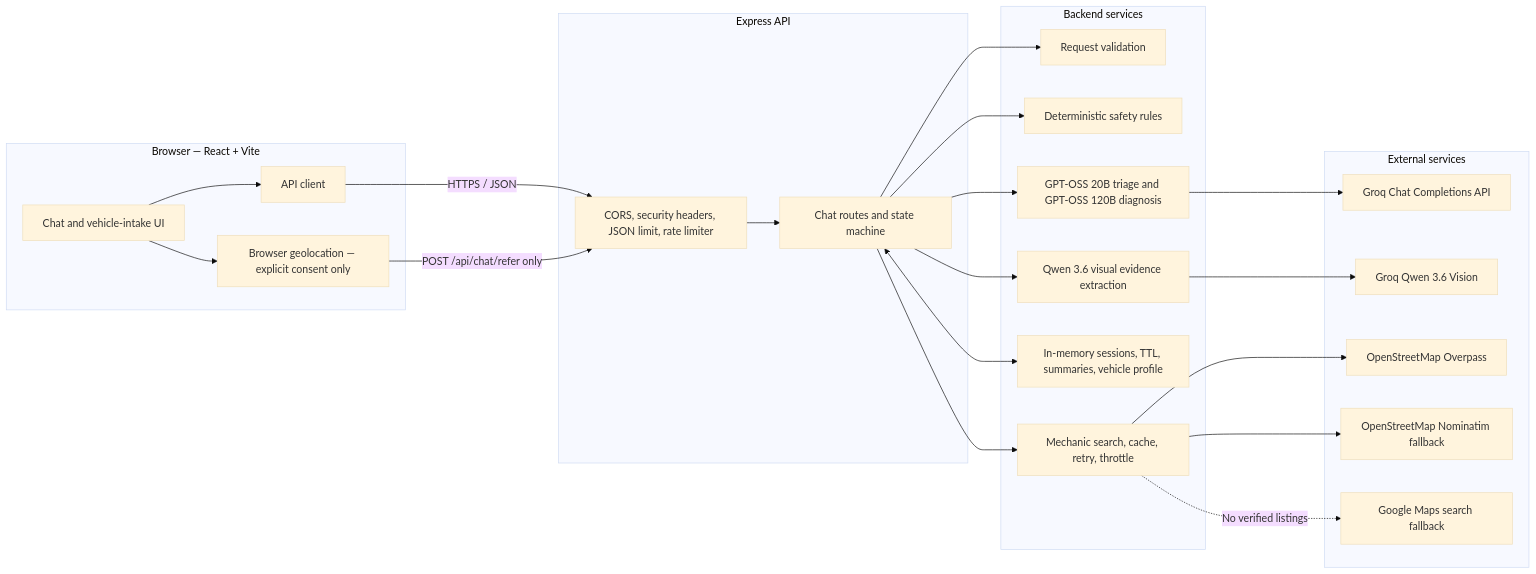
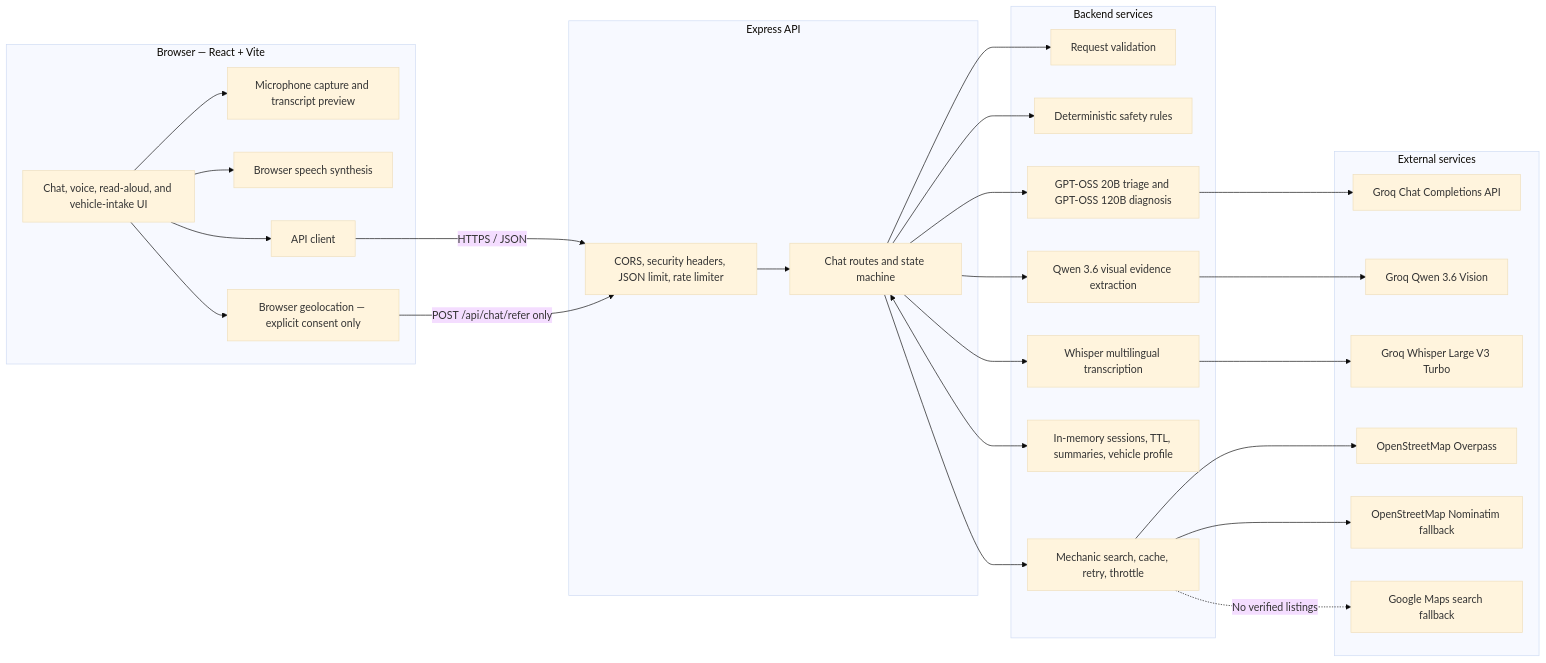
One commit to HamzaElNawawy/mechat-ai-mechanic changed the second of 2 diagrams in README.md. Above: the diagram before and after it, drawn with Mermaid (base theme). The commit also changed other lines of this file and 19 other files, not shown here.

Commit message:
Add multilingual voice and Arabic diagnostic support

````diff
--- a/README.md
+++ b/README.md
@@ -194,47 +217,55 @@
 ```mermaid
 flowchart LR
     subgraph Browser["Browser — React + Vite"]
-        UI["Chat and vehicle-intake UI"]
+        UI["Chat, voice, read-aloud, and vehicle-intake UI"]
+        MIC["Microphone capture and transcript preview"]
+        TTS["Browser speech synthesis"]
         CLIENT["API client"]
         GPS["Browser geolocation — explicit consent only"]
+        UI --> MIC
+        UI --> TTS
         UI --> CLIENT
         UI --> GPS
     end
 
     subgraph API["Express API"]
         MIDDLEWARE["CORS, security headers, JSON limit, rate limiter"]
         ROUTES["Chat routes and state machine"]
         MIDDLEWARE --> ROUTES
     end
 
     subgraph Services["Backend services"]
         VALIDATION["Request validation"]
         SAFETY["Deterministic safety rules"]
         GROQ_SERVICE["GPT-OSS 20B triage and GPT-OSS 120B diagnosis"]
         VISION_SERVICE["Qwen 3.6 visual evidence extraction"]
+        SPEECH_SERVICE["Whisper multilingual transcription"]
         SESSIONS["In-memory sessions, TTL, summaries, vehicle profile"]
         MECHANICS["Mechanic search, cache, retry, throttle"]
     end
 
     subgraph External["External services"]
         GROQ["Groq Chat Completions API"]
         QWEN["Groq Qwen 3.6 Vision"]
+        WHISPER["Groq Whisper Large V3 Turbo"]
         OVERPASS["OpenStreetMap Overpass"]
         NOMINATIM["OpenStreetMap Nominatim fallback"]
         MAPS["Google Maps search fallback"]
     end
 
     CLIENT -->|"HTTPS / JSON"| MIDDLEWARE
     GPS -->|"POST /api/chat/refer only"| MIDDLEWARE
     ROUTES --> VALIDATION
     ROUTES --> SAFETY
     ROUTES <--> SESSIONS
     ROUTES --> GROQ_SERVICE
     ROUTES --> VISION_SERVICE
+    ROUTES --> SPEECH_SERVICE
     ROUTES --> MECHANICS
     GROQ_SERVICE --> GROQ
     VISION_SERVICE --> QWEN
+    SPEECH_SERVICE --> WHISPER
     MECHANICS --> OVERPASS
     MECHANICS --> NOMINATIM
     MECHANICS -.->|"No verified listings"| MAPS
 ```
````
